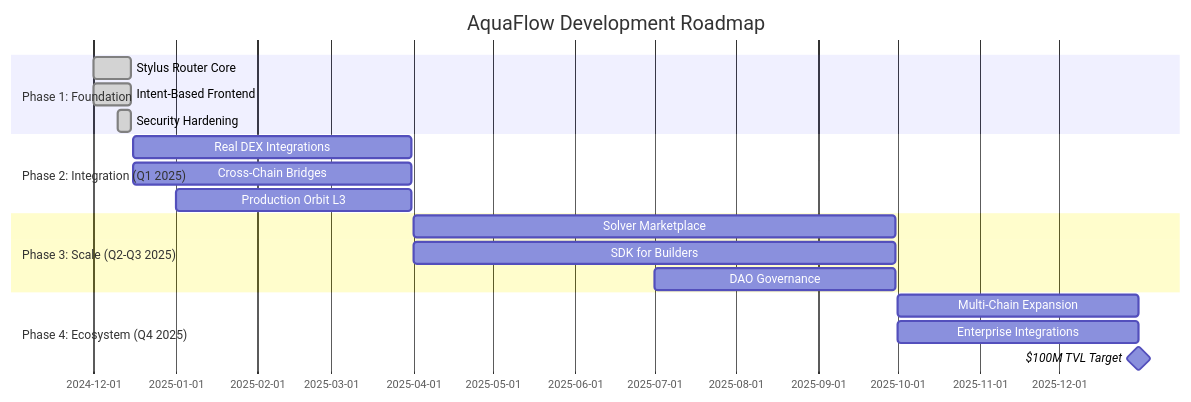
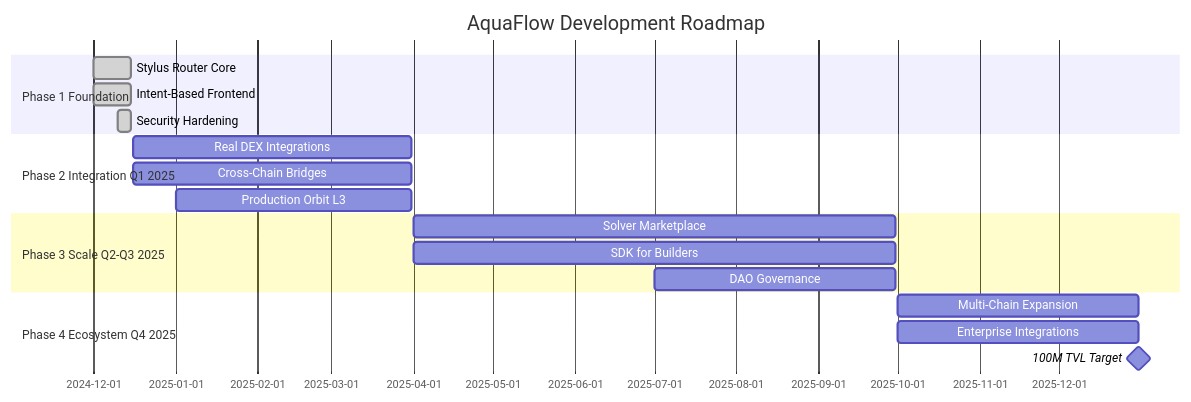
The fifth of 5 diagrams in README.md (Aaditya1273/AquaFlow), drawn with Mermaid before and after one commit. The commit also changed other lines of this file, not shown here.

````diff
--- a/README.md
+++ b/README.md
@@ -209,24 +209,24 @@
 ```mermaid
 gantt
     title AquaFlow Development Roadmap
     dateFormat  YYYY-MM-DD
-    section Phase 1: Foundation
+    section Phase 1 Foundation
     Stylus Router Core        :done, foundation, 2024-12-01, 2024-12-15
     Intent-Based Frontend     :done, frontend, 2024-12-01, 2024-12-15
     Security Hardening        :done, security, 2024-12-10, 2024-12-15
     
-    section Phase 2: Integration (Q1 2025)
+    section Phase 2 Integration Q1 2025
     Real DEX Integrations     :integration, 2024-12-16, 2025-03-31
     Cross-Chain Bridges       :bridges, 2024-12-16, 2025-03-31
     Production Orbit L3       :orbit, 2025-01-01, 2025-03-31
     
-    section Phase 3: Scale (Q2-Q3 2025)
+    section Phase 3 Scale Q2-Q3 2025
     Solver Marketplace        :solvers, 2025-04-01, 2025-09-30
     SDK for Builders          :sdk, 2025-04-01, 2025-09-30
     DAO Governance            :dao, 2025-07-01, 2025-09-30
     
-    section Phase 4: Ecosystem (Q4 2025)
+    section Phase 4 Ecosystem Q4 2025
     Multi-Chain Expansion     :expansion, 2025-10-01, 2025-12-31
     Enterprise Integrations   :enterprise, 2025-10-01, 2025-12-31
-    $100M TVL Target         :milestone, 2025-12-31, 2025-12-31
+    100M TVL Target          :milestone, 2025-12-31, 2025-12-31
 ```
````
